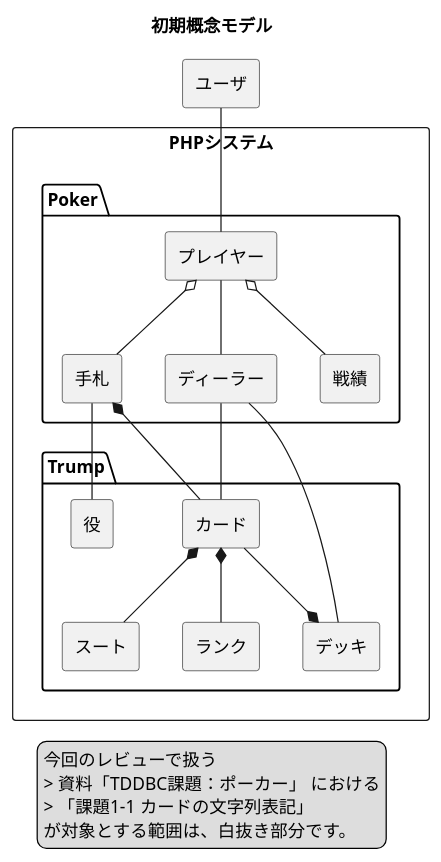
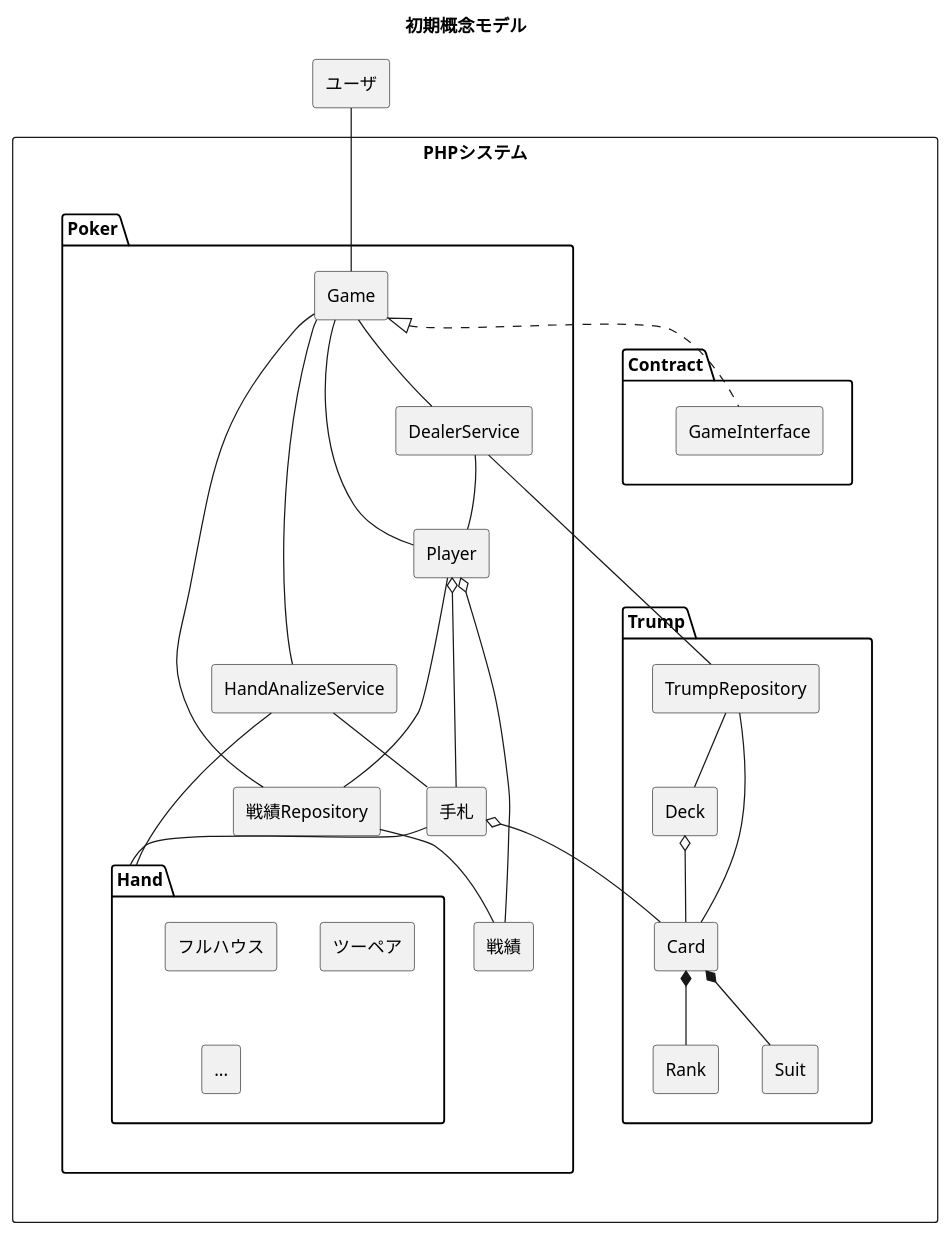
The diagram in docs/domain-model.puml (Kimita/mobpair_with_mohira), drawn with PlantUML before and after one commit. The commit also changed 1 other file, not shown here.

Commit message:
ユースケース記述の内容に基づき、未発見だったモデルを抽出し初期概念モデル図へ追加してみた。（まだまだスパゲッティ）

```diff
--- a/docs/domain-model.puml
+++ b/docs/domain-model.puml
@@ -1,47 +1,88 @@
 @startuml
 
 title: 初期概念モデル
 
 agent ユーザ
 
 rectangle PHPシステム {
+
+    package Contract {
+        agent GameInterface
+    }
+
     package Trump {
-        agent デッキ
-        agent カード
-        agent スート
-        agent ランク
-        agent 役
+
+        agent TrumpRepository
+        agent Deck
+        agent Card
+        agent Suit
+        agent Rank
     }
 
     package Poker {
-        agent プレイヤー
-        agent ディーラー
+        agent Game
+        agent Player
+        agent DealerService
         agent 手札
         agent 戦績
+        agent 戦績Repository
+        agent HandAnalizeService
+        package Hand {
+            agent フルハウス
+            agent ツーペア
+            agent "..."
+        }
     }
 }
 
-ユーザ -- プレイヤー
+Poker -[hidden]- Contract
+Poker -[hidden]- Trump
+Contract -[hidden]d- Trump
 
-カード *-- スート
-カード *-- ランク
-デッキ *-u- カード
+ユーザ -- Game
 
-手札 *-- カード
-プレイヤー o-- 手札
-プレイヤー o-- 戦績
+'' Pokerパッケージ
+Game -[hidden]d- PHPシステム
+Game <|.. GameInterface
+Game -- DealerService
+Game -- Player
+Game -- HandAnalizeService
+Game -- 戦績Repository
 
-ディーラー -- デッキ
-ディーラー -- カード
-ディーラー -u- プレイヤー
+'' Gameインスタンスが直接触るモデル群
+DealerService -[hidden]u- Game
+Player -[hidden]u- Game
+HandAnalizeService -[hidden]u- Game
+DealerService -[hidden]- Player
+Player -[hidden]- HandAnalizeService
+HandAnalizeService -[hidden]- 戦績Repository
 
-手札 -- 役
+Player o-d- 手札
+Player o-d- 戦績
+手札 o-- Card
+手札 -- Hand
 
-legend
-今回のレビューで扱う
-> 資料「TDDBC課題：ポーカー」 における
-> 「課題1-1 カードの文字列表記」
-が対象とする範囲は、白抜き部分です。
-end legend
+HandAnalizeService -d- Hand
+HandAnalizeService -d- 手札
+
+戦績Repository -- 戦績
+戦績Repository -- Player
+
+DealerService -- TrumpRepository
+DealerService -- Player
+
+'' Trumpパッケージ
+Card *-- Suit
+Card *-- Rank
+Deck o-- Card
+TrumpRepository -- Card
+TrumpRepository -- Deck
+
+'legend
+'今回のレビューで扱う
+'> 資料「TDDBC課題：ポーカー」 における
+'> 「課題1-1 Cardの文字列表記」
+'が対象とする範囲は、白抜き部分です。
+'end legend
 
 @enduml
```
